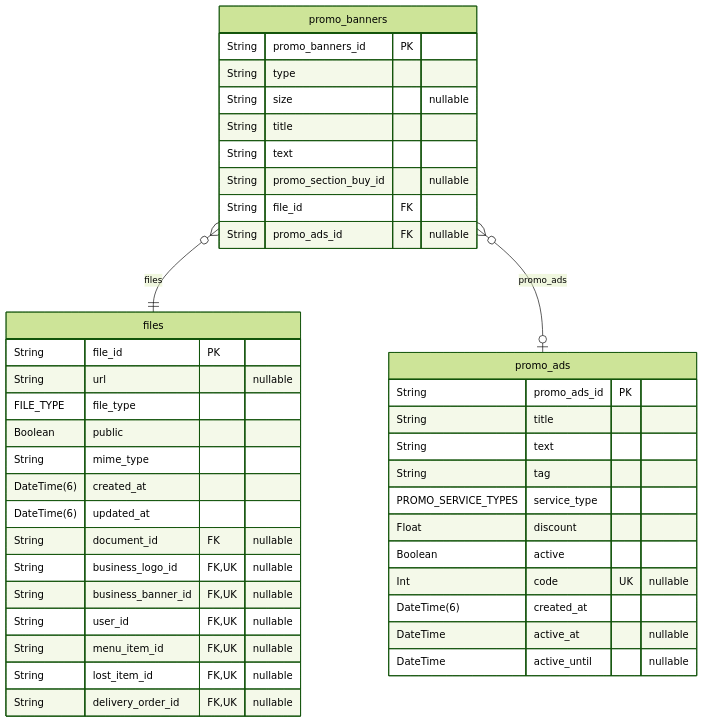
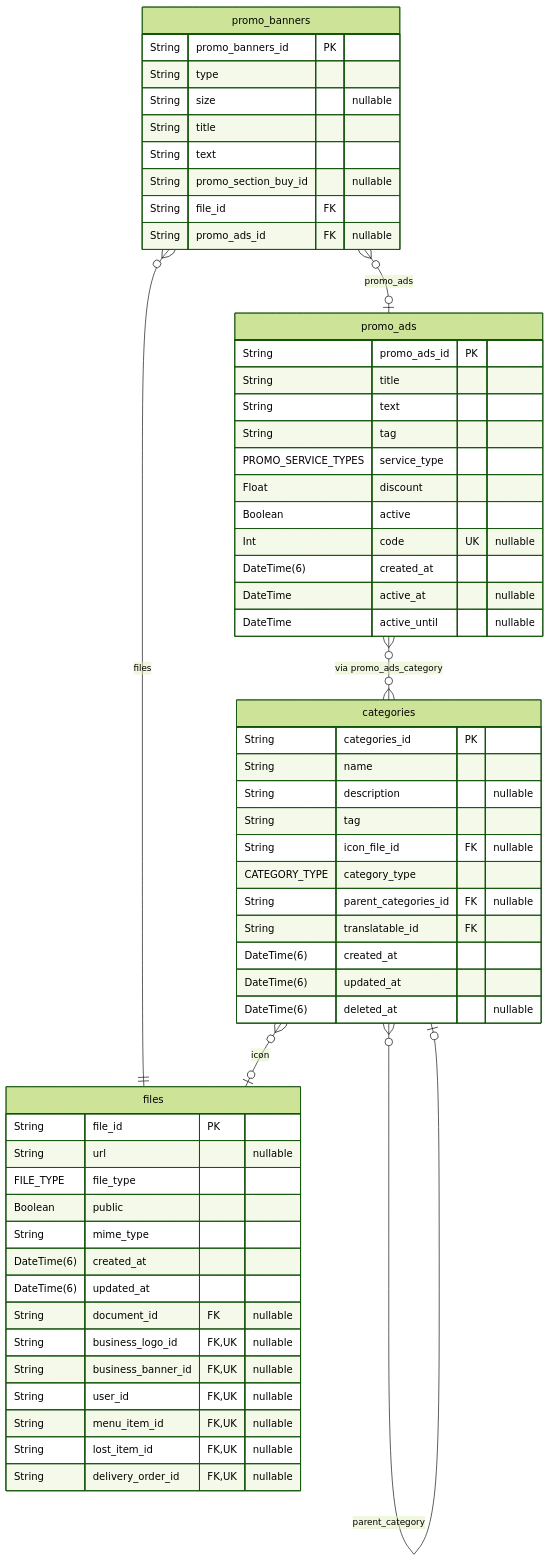
Before and after one commit to pbozic/be-analyisis: diagram 11 of 37 in prisma/schemas/ERD.md, drawn with Mermaid (forest theme). The commit also changed other lines of this file and 6 other files, not shown here.

Commit message:
feature: update to ERD generation with post-processing function

````diff
--- a/prisma/schemas/ERD.md
+++ b/prisma/schemas/ERD.md
@@ -2772,44 +2930,61 @@
 ```mermaid
 erDiagram
 "promo_banners" {
   String promo_banners_id PK
   String type
   String size "nullable"
   String title
   String text
   String promo_section_buy_id "nullable"
   String file_id FK
   String promo_ads_id FK "nullable"
 }
 "promo_ads" {
   String promo_ads_id PK
   String title
   String text
   String tag
   PROMO_SERVICE_TYPES service_type
   Float discount
   Boolean active
   Int code UK "nullable"
   DateTime(6) created_at
   DateTime active_at "nullable"
   DateTime active_until "nullable"
 }
 "files" {
   String file_id PK
   String url "nullable"
   FILE_TYPE file_type
   Boolean public
   String mime_type
   DateTime(6) created_at
   DateTime(6) updated_at
   String document_id FK "nullable"
   String business_logo_id FK,UK "nullable"
   String business_banner_id FK,UK "nullable"
   String user_id FK,UK "nullable"
   String menu_item_id FK,UK "nullable"
   String lost_item_id FK,UK "nullable"
   String delivery_order_id FK,UK "nullable"
 }
+"categories" {
+  String categories_id PK
+  String name
+  String description "nullable"
+  String tag
+  String icon_file_id FK "nullable"
+  CATEGORY_TYPE category_type
+  String parent_categories_id FK "nullable"
+  String translatable_id FK
+  DateTime(6) created_at
+  DateTime(6) updated_at
+  DateTime(6) deleted_at "nullable"
+}
 "promo_banners" }o--|| "files" : files
 "promo_banners" }o--o| "promo_ads" : promo_ads
+"categories" }o--o| "files" : icon
+"categories" }o--o| "categories" : parent_category
+
+"promo_ads" }o--o{ "categories" : "via promo_ads_category"
 ```
````
